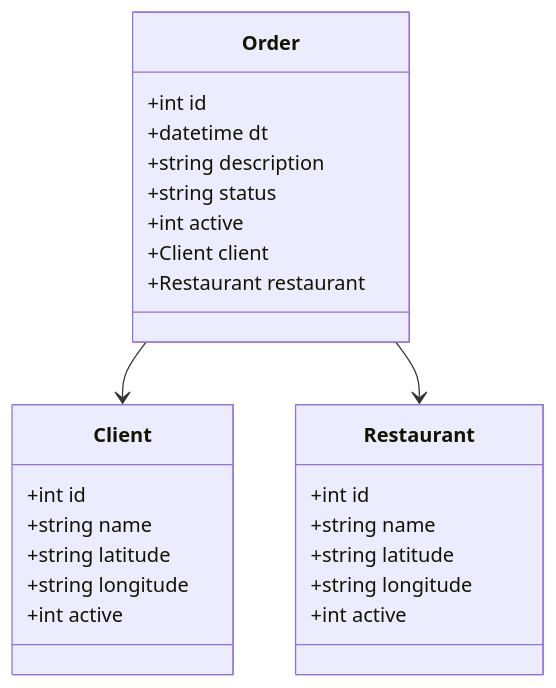
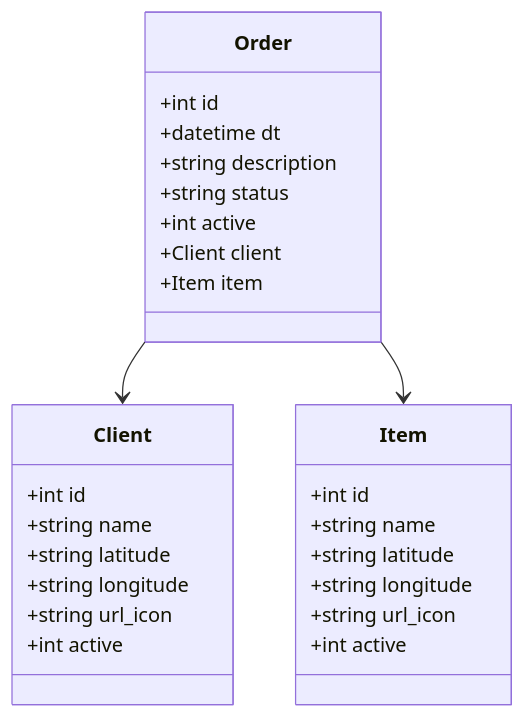
The diagram in README.md (gabrielMarinhocd/backend-order-map), drawn with Mermaid before and after one commit.

````diff
--- a/README.md
+++ b/README.md
@@ -14,31 +14,33 @@
 ```mermaid
 classDiagram
     class Order {
         +int id
         +datetime dt
         +string description
         +string status
         +int active
         +Client client
-        +Restaurant restaurant
+        +Item item
     }
 
     class Client {
         +int id
         +string name
         +string latitude
         +string longitude
+        +string url_icon
         +int active
     }
 
-    class Restaurant {
+    class Item {
         +int id
         +string name
         +string latitude
         +string longitude
+        +string url_icon
         +int active
     }
 
     Order --> Client
-    Order --> Restaurant
+    Order --> Item
 ```
````
